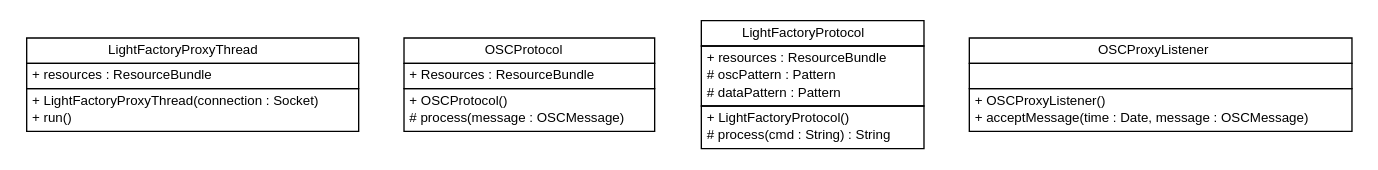
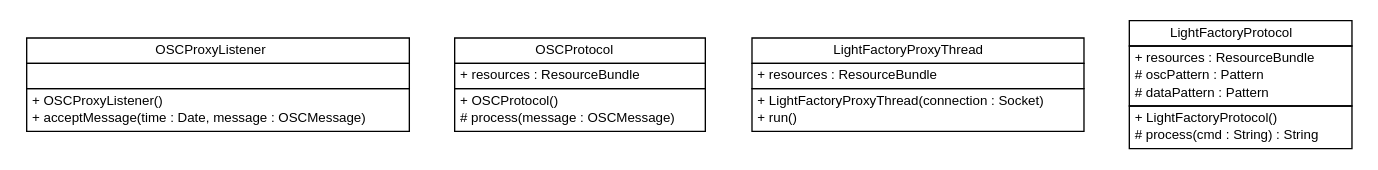
The diagram in apidocs/com/xley/lfosc/impl/com.xley.lfosc.impl.dot (pcross616/lf-osc-proxy), drawn with Graphviz before and after one commit. The commit also changed 69 other files, not shown here.

```diff
--- a/apidocs/com/xley/lfosc/impl/com.xley.lfosc.impl.dot
+++ b/apidocs/com/xley/lfosc/impl/com.xley.lfosc.impl.dot
@@ -1,66 +1,66 @@
 #!/usr/local/bin/dot
 #
 # Class diagram 
 # Generated by UMLGraph version R5_6 (http://www.umlgraph.org/)
 #
 
 digraph G {
 	edge [fontname="Helvetica",fontsize=10,labelfontname="Helvetica",labelfontsize=10];
 	node [fontname="Helvetica",fontsize=10,shape=plaintext];
 	nodesep=0.25;
 	ranksep=0.5;
+	// com.xley.lfosc.impl.OSCProxyListener
+	c0 [label=<<table title="com.xley.lfosc.impl.OSCProxyListener" border="0" cellborder="1" cellspacing="0" cellpadding="2" port="p" href="./OSCProxyListener.html">
+		<tr><td><table border="0" cellspacing="0" cellpadding="1">
+<tr><td align="center" balign="center"> OSCProxyListener </td></tr>
+		</table></td></tr>
+		<tr><td><table border="0" cellspacing="0" cellpadding="1">
+<tr><td align="left" balign="left">  </td></tr>
+		</table></td></tr>
+		<tr><td><table border="0" cellspacing="0" cellpadding="1">
+<tr><td align="left" balign="left"> + OSCProxyListener() </td></tr>
+<tr><td align="left" balign="left"> + acceptMessage(time : Date, message : OSCMessage) </td></tr>
+		</table></td></tr>
+		</table>>, URL="./OSCProxyListener.html", fontname="Helvetica", fontcolor="black", fontsize=10.0];
+	// com.xley.lfosc.impl.OSCProtocol
+	c1 [label=<<table title="com.xley.lfosc.impl.OSCProtocol" border="0" cellborder="1" cellspacing="0" cellpadding="2" port="p" href="./OSCProtocol.html">
+		<tr><td><table border="0" cellspacing="0" cellpadding="1">
+<tr><td align="center" balign="center"> OSCProtocol </td></tr>
+		</table></td></tr>
+		<tr><td><table border="0" cellspacing="0" cellpadding="1">
+<tr><td align="left" balign="left"> + resources : ResourceBundle </td></tr>
+		</table></td></tr>
+		<tr><td><table border="0" cellspacing="0" cellpadding="1">
+<tr><td align="left" balign="left"> + OSCProtocol() </td></tr>
+<tr><td align="left" balign="left"> # process(message : OSCMessage) </td></tr>
+		</table></td></tr>
+		</table>>, URL="./OSCProtocol.html", fontname="Helvetica", fontcolor="black", fontsize=10.0];
 	// com.xley.lfosc.impl.LightFactoryProxyThread
-	c8 [label=<<table title="com.xley.lfosc.impl.LightFactoryProxyThread" border="0" cellborder="1" cellspacing="0" cellpadding="2" port="p" href="./LightFactoryProxyThread.html">
+	c2 [label=<<table title="com.xley.lfosc.impl.LightFactoryProxyThread" border="0" cellborder="1" cellspacing="0" cellpadding="2" port="p" href="./LightFactoryProxyThread.html">
 		<tr><td><table border="0" cellspacing="0" cellpadding="1">
 <tr><td align="center" balign="center"> LightFactoryProxyThread </td></tr>
 		</table></td></tr>
 		<tr><td><table border="0" cellspacing="0" cellpadding="1">
 <tr><td align="left" balign="left"> + resources : ResourceBundle </td></tr>
 		</table></td></tr>
 		<tr><td><table border="0" cellspacing="0" cellpadding="1">
 <tr><td align="left" balign="left"> + LightFactoryProxyThread(connection : Socket) </td></tr>
 <tr><td align="left" balign="left"> + run() </td></tr>
 		</table></td></tr>
 		</table>>, URL="./LightFactoryProxyThread.html", fontname="Helvetica", fontcolor="black", fontsize=10.0];
-	// com.xley.lfosc.impl.OSCProtocol
-	c9 [label=<<table title="com.xley.lfosc.impl.OSCProtocol" border="0" cellborder="1" cellspacing="0" cellpadding="2" port="p" href="./OSCProtocol.html">
-		<tr><td><table border="0" cellspacing="0" cellpadding="1">
-<tr><td align="center" balign="center"> OSCProtocol </td></tr>
-		</table></td></tr>
-		<tr><td><table border="0" cellspacing="0" cellpadding="1">
-<tr><td align="left" balign="left"> + Resources : ResourceBundle </td></tr>
-		</table></td></tr>
-		<tr><td><table border="0" cellspacing="0" cellpadding="1">
-<tr><td align="left" balign="left"> + OSCProtocol() </td></tr>
-<tr><td align="left" balign="left"> # process(message : OSCMessage) </td></tr>
-		</table></td></tr>
-		</table>>, URL="./OSCProtocol.html", fontname="Helvetica", fontcolor="black", fontsize=10.0];
 	// com.xley.lfosc.impl.LightFactoryProtocol
-	c10 [label=<<table title="com.xley.lfosc.impl.LightFactoryProtocol" border="0" cellborder="1" cellspacing="0" cellpadding="2" port="p" href="./LightFactoryProtocol.html">
+	c3 [label=<<table title="com.xley.lfosc.impl.LightFactoryProtocol" border="0" cellborder="1" cellspacing="0" cellpadding="2" port="p" href="./LightFactoryProtocol.html">
 		<tr><td><table border="0" cellspacing="0" cellpadding="1">
 <tr><td align="center" balign="center"> LightFactoryProtocol </td></tr>
 		</table></td></tr>
 		<tr><td><table border="0" cellspacing="0" cellpadding="1">
 <tr><td align="left" balign="left"> + resources : ResourceBundle </td></tr>
 <tr><td align="left" balign="left"> # oscPattern : Pattern </td></tr>
 <tr><td align="left" balign="left"> # dataPattern : Pattern </td></tr>
 		</table></td></tr>
 		<tr><td><table border="0" cellspacing="0" cellpadding="1">
 <tr><td align="left" balign="left"> + LightFactoryProtocol() </td></tr>
 <tr><td align="left" balign="left"> # process(cmd : String) : String </td></tr>
 		</table></td></tr>
 		</table>>, URL="./LightFactoryProtocol.html", fontname="Helvetica", fontcolor="black", fontsize=10.0];
-	// com.xley.lfosc.impl.OSCProxyListener
-	c11 [label=<<table title="com.xley.lfosc.impl.OSCProxyListener" border="0" cellborder="1" cellspacing="0" cellpadding="2" port="p" href="./OSCProxyListener.html">
-		<tr><td><table border="0" cellspacing="0" cellpadding="1">
-<tr><td align="center" balign="center"> OSCProxyListener </td></tr>
-		</table></td></tr>
-		<tr><td><table border="0" cellspacing="0" cellpadding="1">
-<tr><td align="left" balign="left">  </td></tr>
-		</table></td></tr>
-		<tr><td><table border="0" cellspacing="0" cellpadding="1">
-<tr><td align="left" balign="left"> + OSCProxyListener() </td></tr>
-<tr><td align="left" balign="left"> + acceptMessage(time : Date, message : OSCMessage) </td></tr>
-		</table></td></tr>
-		</table>>, URL="./OSCProxyListener.html", fontname="Helvetica", fontcolor="black", fontsize=10.0];
 }
```
